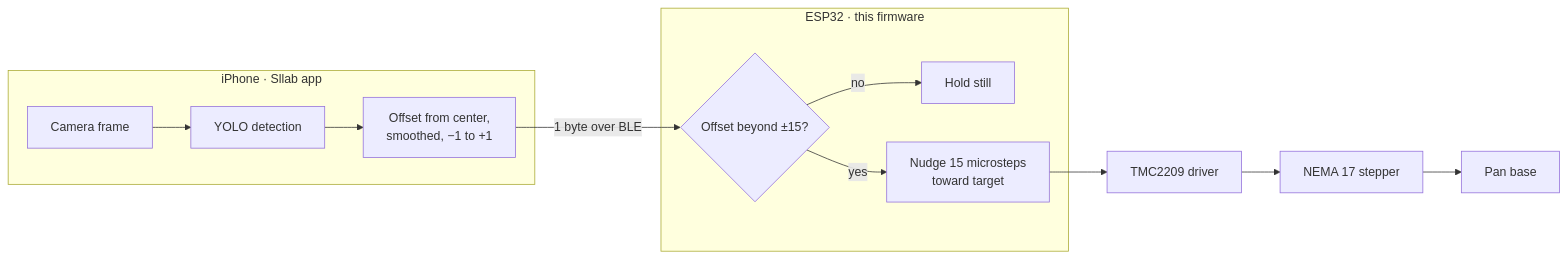
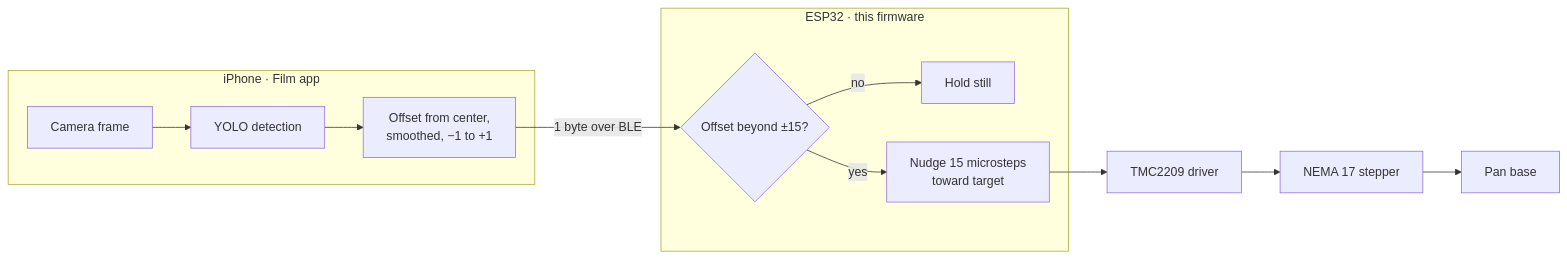
One commit to luciusscala/sllab changed the diagram in hardware/README.md. Above: the diagram before and after it, drawn with Mermaid. The commit also changed other lines of this file and 15 other files, not shown here.

````diff
--- a/hardware/README.md
+++ b/hardware/README.md
@@ -13,13 +13,13 @@
 ```mermaid
 flowchart LR
-    subgraph phone["iPhone · Sllab app"]
+    subgraph phone["iPhone · Film app"]
         A[Camera frame] --> B[YOLO detection] --> C["Offset from center,<br/>smoothed, −1 to +1"]
     end
     subgraph esp["ESP32 · this firmware"]
         D{"Offset beyond ±15?"}
         D -- no --> E[Hold still]
         D -- yes --> F["Nudge 15 microsteps<br/>toward target"]
     end
     C -- "1 byte over BLE" --> D
     F --> G[TMC2209 driver] --> H[NEMA 17 stepper] --> I[Pan base]
 ```
````
